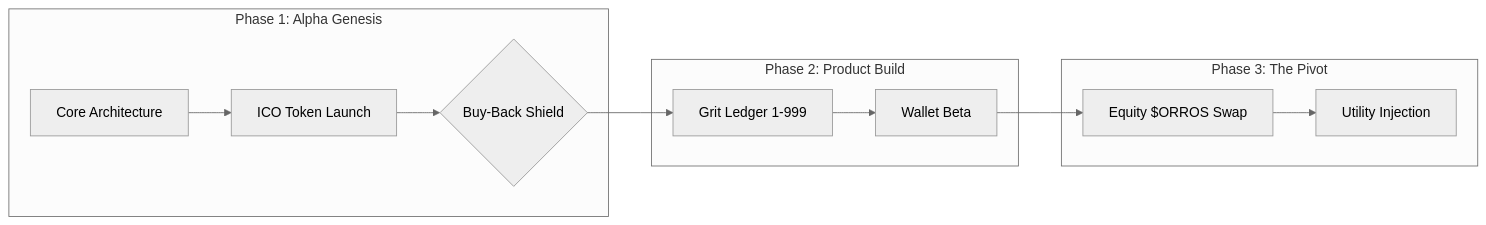
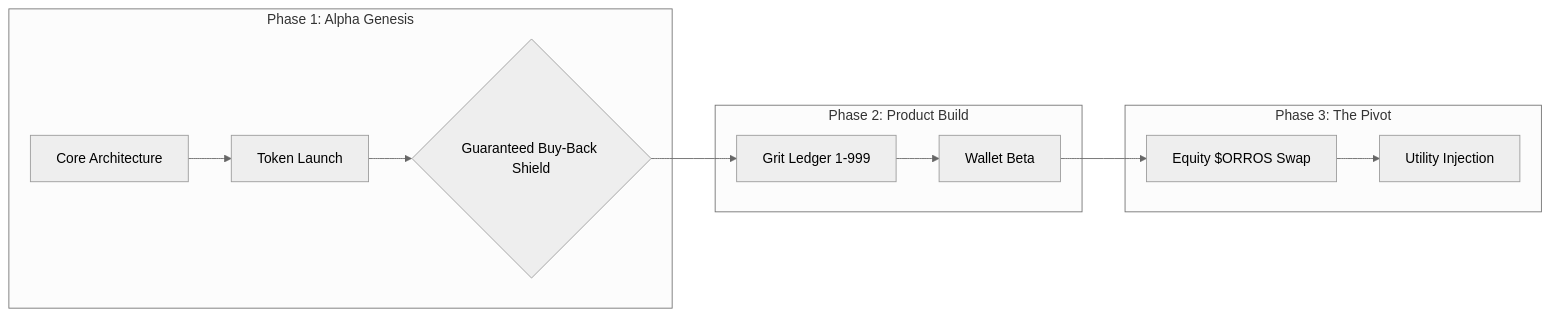
Before and after one commit to orroprotocol/core: the second of 2 diagrams in README.md, drawn with Mermaid (neutral theme). The commit also changed other lines of this file, not shown here.

````diff
--- a/README.md
+++ b/README.md
@@ -151,20 +151,20 @@
 ```mermaid
 graph LR
     %% Phase 1
     subgraph P1 [Phase 1: Alpha Genesis]
-        A[Core Architecture] --> B[ICO Token Launch]
-        B --> C{Buy-Back Shield}
+        A[Core Architecture] --> B[Token Launch]
+        B --> C{Guaranteed Buy-Back Shield}
     end
 
     %% Phase 2
     subgraph P2 [Phase 2: Product Build]
         C --> D[Grit Ledger 1-999]
         D --> E[Wallet Beta]
     end
 
     %% Phase 3
     subgraph P3 [Phase 3: The Pivot]
         E --> F[Equity $ORROS Swap]
         F --> G[Utility Injection]
     end
 ```
````
